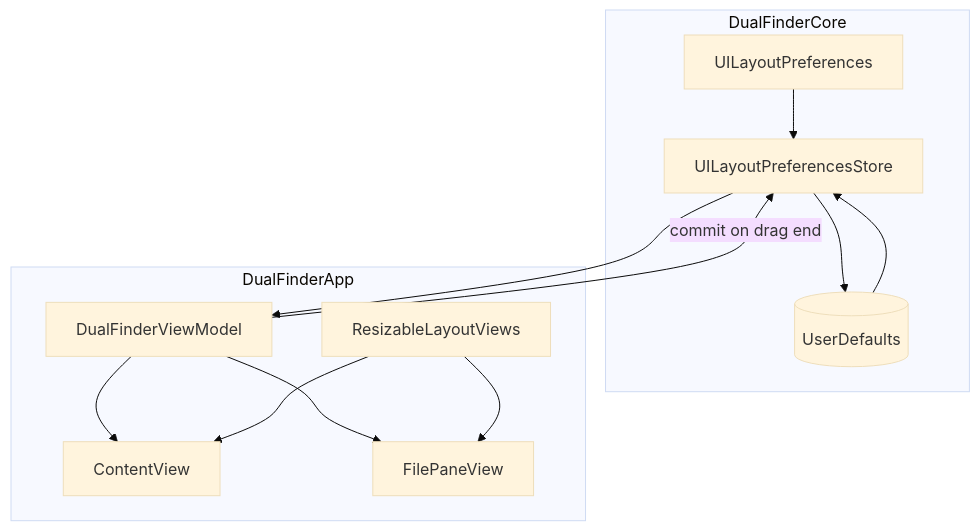
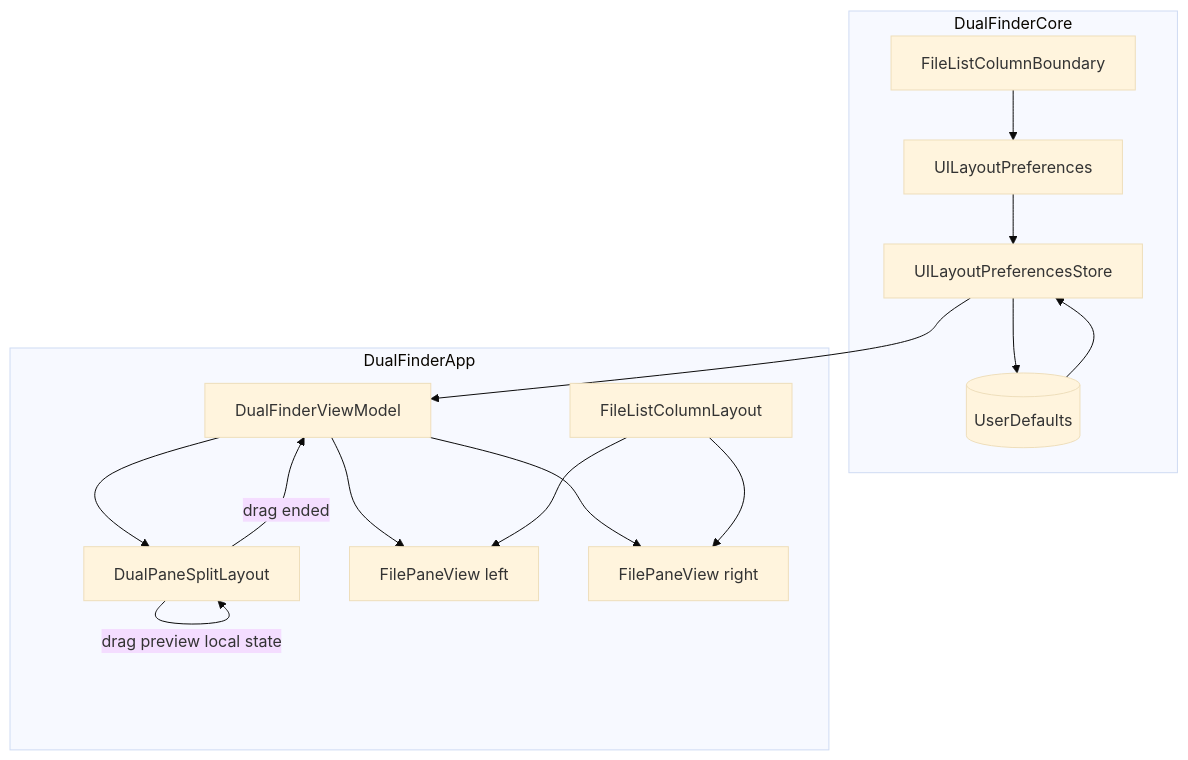
One commit to olojiang/dual_finder changed the first of 4 diagrams in local_docs/adjust_ui_resize.md. Above: the diagram before and after it, drawn with Mermaid (base theme). The commit also changed other lines of this file and 10 other files, not shown here.

First line of the commit message:
Make embedded terminal and layout resizing usable in-pane

````diff
--- a/local_docs/adjust_ui_resize.md
+++ b/local_docs/adjust_ui_resize.md
@@ -51,24 +74,28 @@
 ```mermaid
 flowchart TB
     subgraph Core["DualFinderCore"]
         Prefs[UILayoutPreferences]
+        Boundary[FileListColumnBoundary]
         Store[UILayoutPreferencesStore]
         Prefs --> Store
+        Boundary --> Prefs
         Store --> UD[(UserDefaults)]
     end
 
     subgraph App["DualFinderApp"]
         VM[DualFinderViewModel]
-        CV[ContentView]
-        FPV[FilePaneView]
-        RLV[ResizableLayoutViews]
+        Split[DualPaneSplitLayout]
+        Cols[FileListColumnLayout]
+        FPV_L[FilePaneView left]
+        FPV_R[FilePaneView right]
     end
 
-    UD --> Store
-    Store --> VM
-    VM --> CV
-    VM --> FPV
-    RLV --> CV
-    RLV --> FPV
-    VM -->|commit on drag end| Store
+    UD --> Store --> VM
+    VM --> Split
+    VM --> FPV_L
+    VM --> FPV_R
+    Cols --> FPV_L
+    Cols --> FPV_R
+    Split -->|drag preview local state| Split
+    Split -->|drag ended| VM
 ```
````
